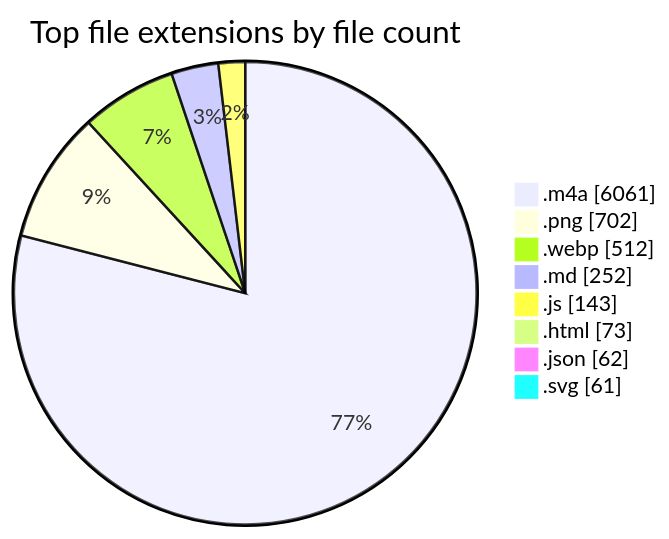
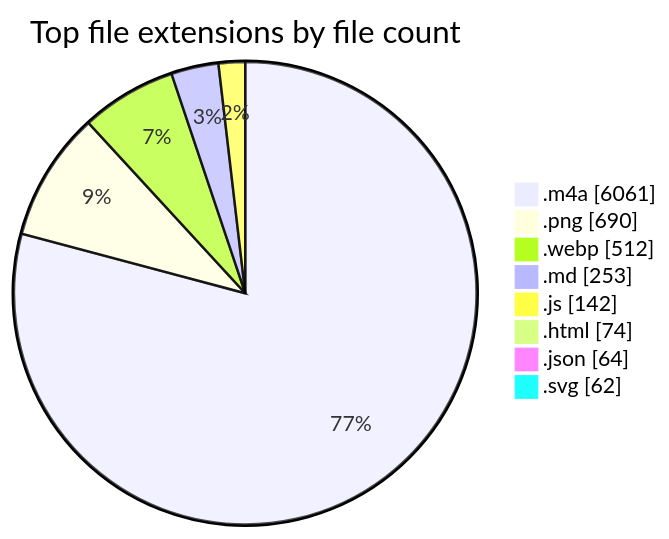
The second of 2 diagrams in README.md (tchinso/tchinso), drawn with Mermaid before and after one commit. The commit also changed other lines of this file, not shown here.

````diff
--- a/README.md
+++ b/README.md
@@ -53,12 +53,12 @@
 ```mermaid
 pie showData
     title Top file extensions by file count
     ".m4a" : 6061
-    ".png" : 702
+    ".png" : 690
     ".webp" : 512
-    ".md" : 252
-    ".js" : 143
-    ".html" : 73
-    ".json" : 62
-    ".svg" : 61
+    ".md" : 253
+    ".js" : 142
+    ".html" : 74
+    ".json" : 64
+    ".svg" : 62
 ```
````
